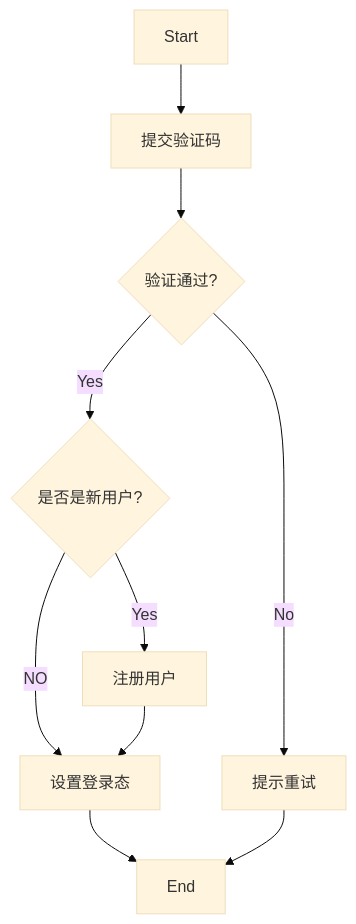
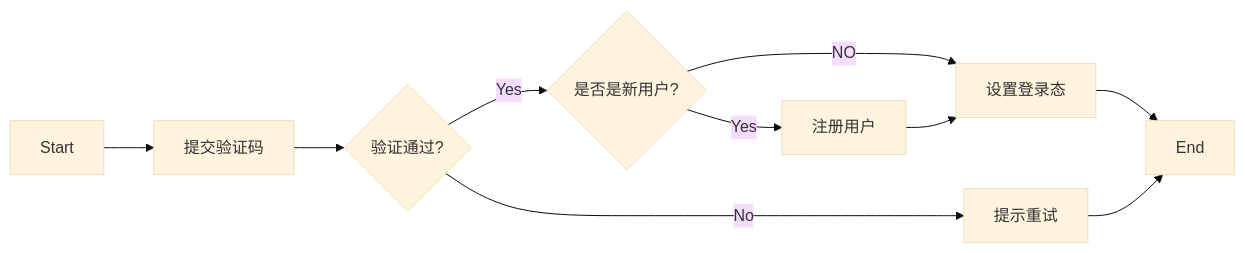
Before and after one commit to rui-cs/webook: the sixth of 11 diagrams in README.md, drawn with Mermaid (base theme). The commit also changed other lines of this file, not shown here.

````diff
--- a/README.md
+++ b/README.md
@@ -715,12 +712,12 @@
 ```mermaid
-flowchart TD
+flowchart LR
     A[Start] --> F[提交验证码]
     F --> B{验证通过?}
     B -->|Yes| C{是否是新用户?}
 		C --> |Yes| H[注册用户]
 		C --> |NO| G[设置登录态]
 		H-->G
 		G-->E[End]
     B ---->|No| D[提示重试]
     D--> E
 ```
````
